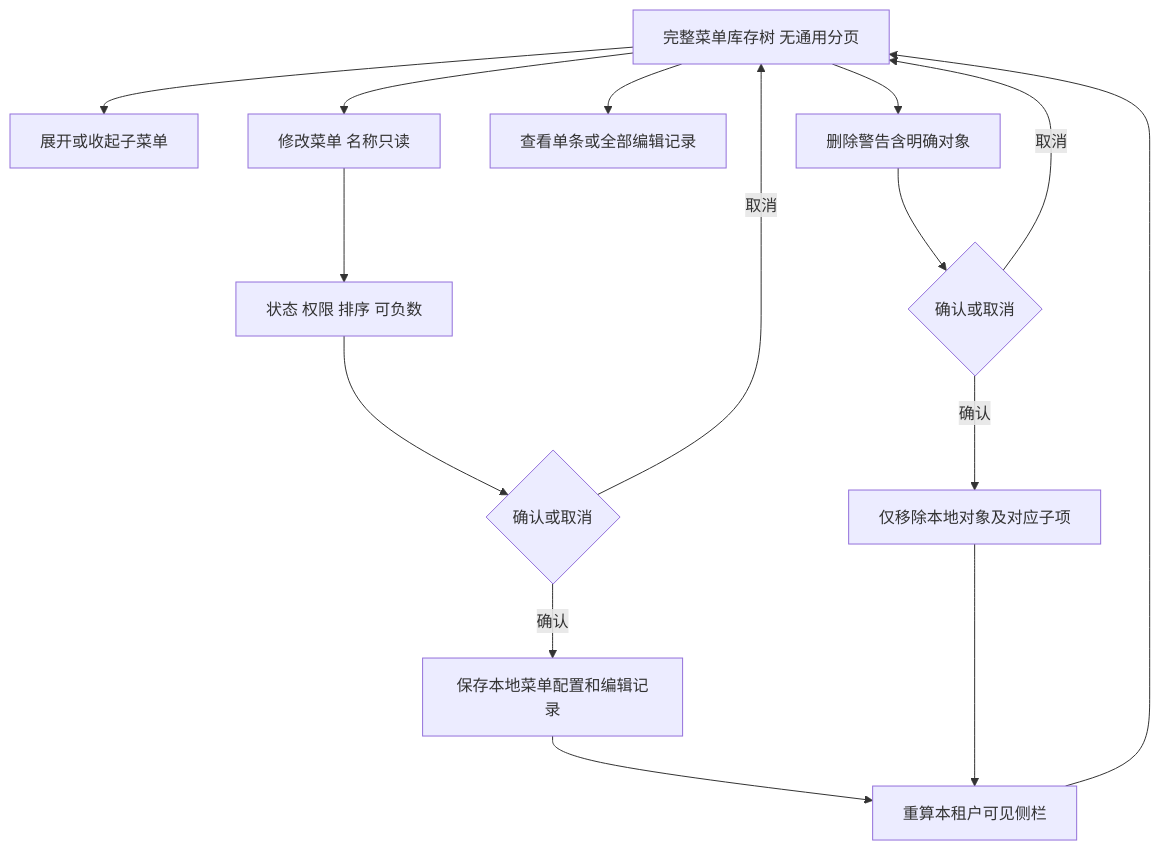
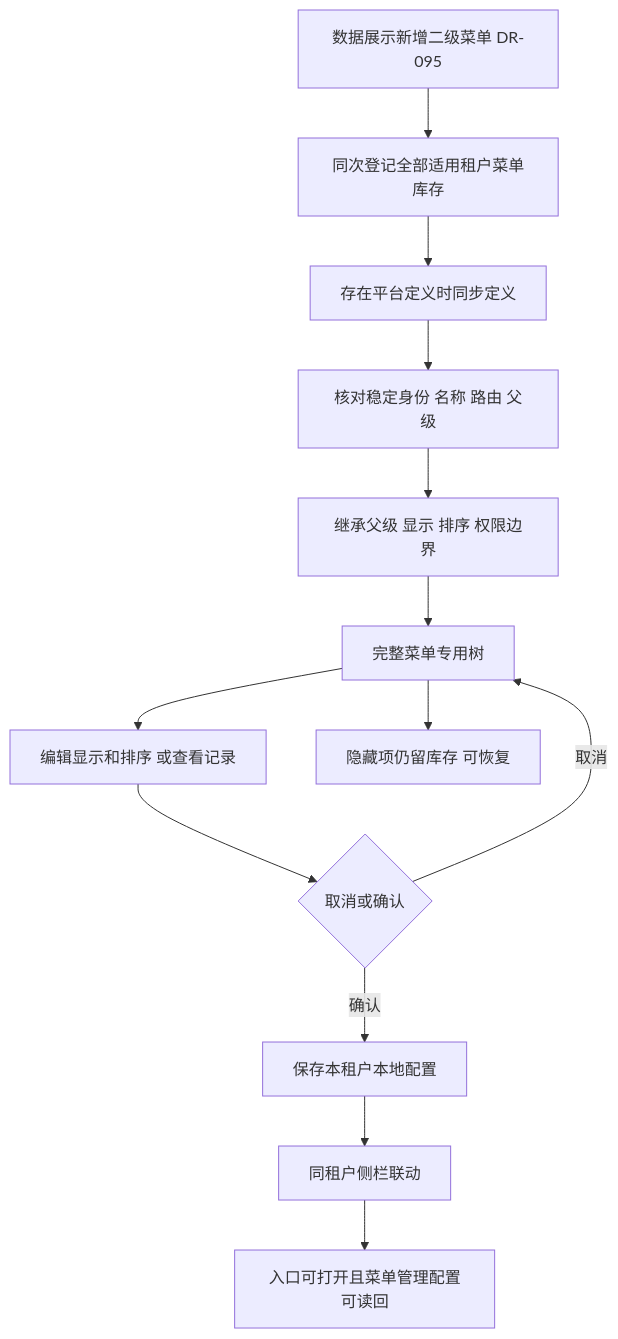
One commit to xfang9528-glitch/suiyin-admin changed the third of 7 diagrams in flowcharts/admin-live-reference.md. Above: the diagram before and after it, drawn with Mermaid. The commit also changed other lines of this file and 195 other files, not shown here.

````diff
--- a/flowcharts/admin-live-reference.md
+++ b/flowcharts/admin-live-reference.md
@@ -46,17 +55,15 @@
 ```mermaid
 flowchart TD
-    Tree[完整菜单库存树 无通用分页] --> Expand[展开或收起子菜单]
-    Tree --> Edit[修改菜单 名称只读]
-    Edit --> Fields[状态 权限 排序 可负数]
-    Fields --> Decision{确认或取消}
+    New[数据展示新增二级菜单 DR-095] --> Register[同次登记全部适用租户菜单库存]
+    Register --> Platform[存在平台定义时同步定义]
+    Platform --> Identity[核对稳定身份 名称 路由 父级]
+    Identity --> Existing[继承父级 显示 排序 权限边界]
+    Existing --> Tree[完整菜单专用树]
+    Tree --> Edit[编辑显示和排序 或查看记录]
+    Edit --> Decision{取消或确认}
     Decision -->|取消| Tree
-    Decision -->|确认| Persist[保存本地菜单配置和编辑记录]
-    Persist --> Nav[重算本租户可见侧栏]
-    Nav --> Tree
-    Tree --> Records[查看单条或全部编辑记录]
-    Tree --> Delete[删除警告含明确对象]
-    Delete --> D{确认或取消}
-    D -->|取消| Tree
-    D -->|确认| LocalDelete[仅移除本地对象及对应子项]
-    LocalDelete --> Nav
+    Decision -->|确认| Local[保存本租户本地配置]
+    Local --> Nav[同租户侧栏联动]
+    Nav --> Check[入口可打开且菜单管理配置可读回]
+    Tree --> Hidden[隐藏项仍留库存 可恢复]
 ```
````
